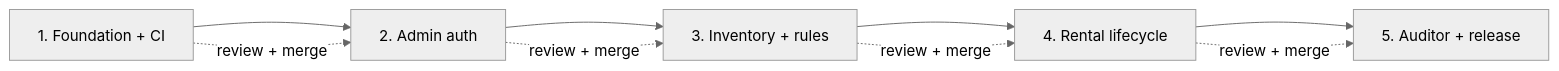
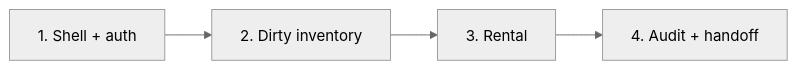
Before and after one commit to komaksym/booksy-assignment: the diagram in PLANS.md, drawn with Mermaid (neutral theme). The commit also changed other lines of this file and 3 other files, not shown here.

First line of the commit message:
docs(roadmap): focus MVP delivery

````diff
--- a/PLANS.md
+++ b/PLANS.md
@@ -28,11 +34,6 @@
 ```mermaid
 flowchart LR
-    S1["1. Foundation + CI"] --> S2["2. Admin auth"]
-    S2 --> S3["3. Inventory + rules"]
-    S3 --> S4["4. Rental lifecycle"]
-    S4 --> S5["5. Auditor + release"]
-    S1 -. "review + merge" .-> S2
-    S2 -. "review + merge" .-> S3
-    S3 -. "review + merge" .-> S4
-    S4 -. "review + merge" .-> S5
+    S1["1. Shell + auth"] --> S2["2. Dirty inventory"]
+    S2 --> S3["3. Rental"]
+    S3 --> S4["4. Audit + handoff"]
 ```
````
